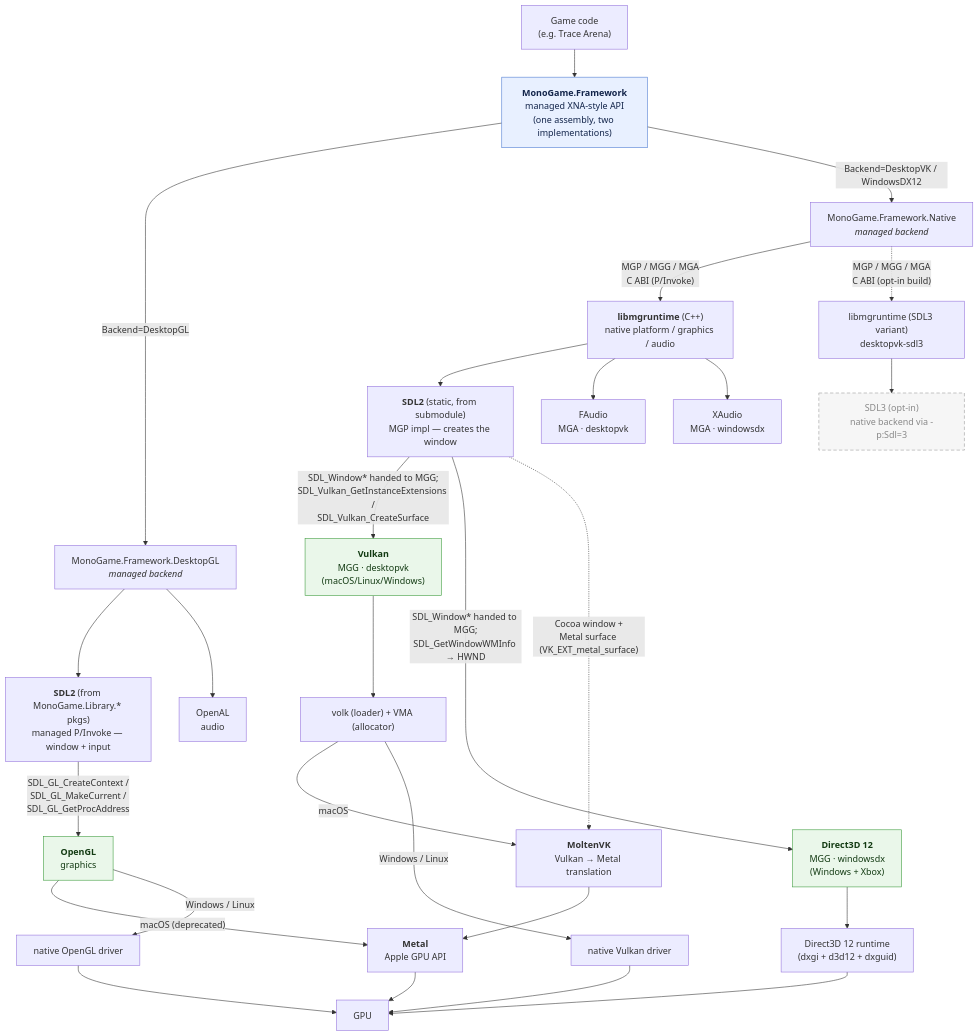
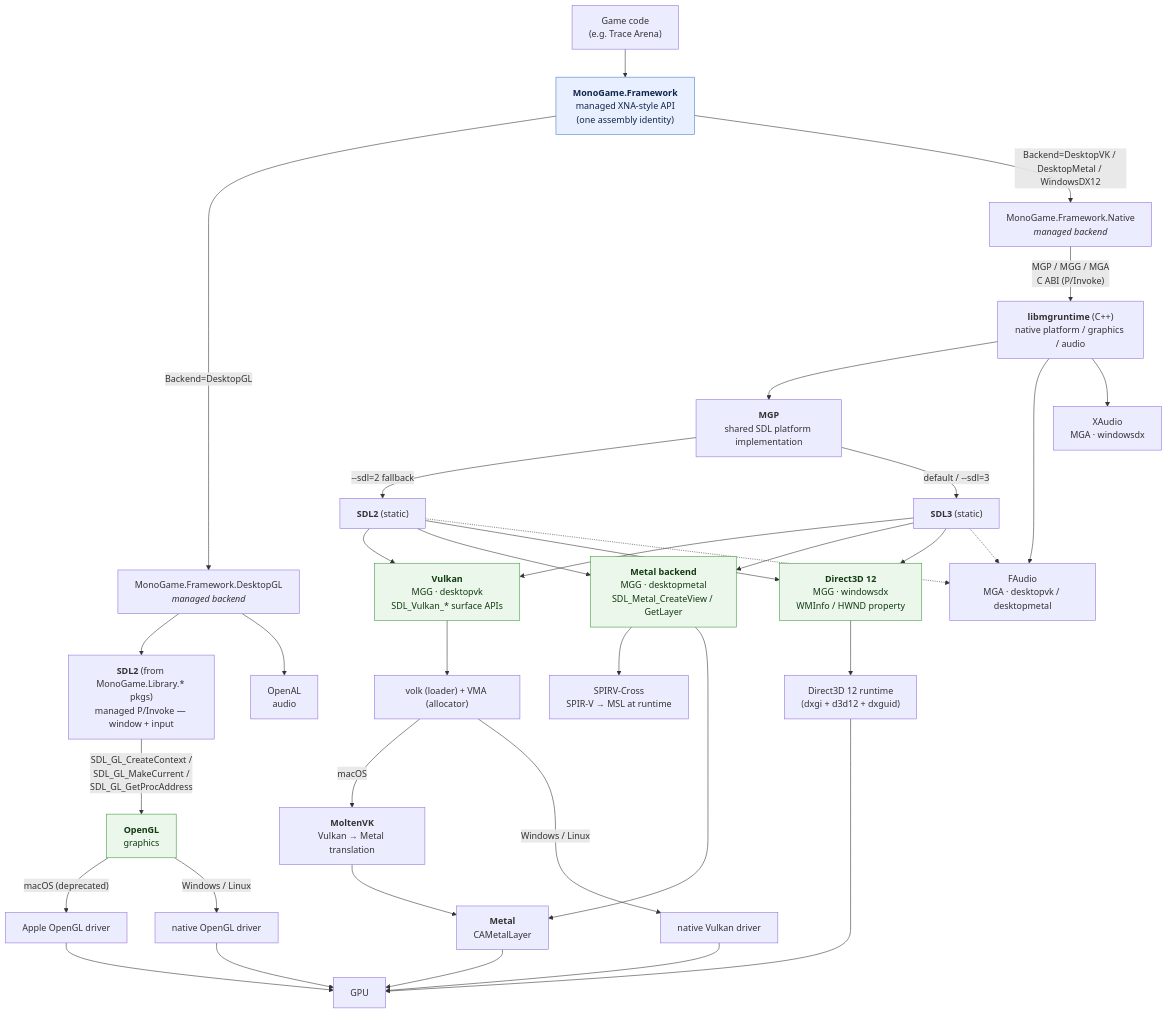
Before and after one commit to zignd/MonoGame: the diagram in BACKEND-DEPENDENCIES.md, drawn with Mermaid. The commit also changed other lines of this file and 6 other files, not shown here.

Commit message:
feat(native): default libmgruntime to SDL3

````diff
--- a/BACKEND-DEPENDENCIES.md
+++ b/BACKEND-DEPENDENCIES.md
@@ -24,61 +32,51 @@
 ```mermaid
 flowchart TD
     App["Game code<br/>(e.g. Trace Arena)"] --> API
 
-    API["<b>MonoGame.Framework</b><br/>managed XNA-style API<br/>(one assembly, two implementations)"]
+  API["<b>MonoGame.Framework</b><br/>managed XNA-style API<br/>(one assembly identity)"]
 
     API -->|"Backend=DesktopGL"| GL["MonoGame.Framework.DesktopGL<br/><i>managed backend</i>"]
-    API -->|"Backend=DesktopVK / WindowsDX12"| NAT["MonoGame.Framework.Native<br/><i>managed backend</i>"]
+  API -->|"Backend=DesktopVK / DesktopMetal / WindowsDX12"| NAT["MonoGame.Framework.Native<br/><i>managed backend</i>"]
 
-    %% ---- DesktopGL backend: managed code P/Invokes SDL2 directly. SDL2 creates the GL context
-    %%      too (SDL_GL_CreateContext / SDL_GL_MakeCurrent / SDL_GL_GetProcAddress) — OpenGL DEPENDS
-    %%      on SDL2 for its context and function pointers, it isn't an independent sibling. ----
     GL --> SDL2["<b>SDL2</b> (from MonoGame.Library.* pkgs)<br/>managed P/Invoke — window + input"]
     GL --> OAL["OpenAL<br/>audio"]
     SDL2 -->|"SDL_GL_CreateContext /<br/>SDL_GL_MakeCurrent /<br/>SDL_GL_GetProcAddress"| OGL["<b>OpenGL</b><br/>graphics"]
 
-    %% ---- Native backend: managed code only crosses the MGP/MGG/MGA C ABI into libmgruntime.
-    %%      SDL2/Vulkan/D3D12/FAudio are implementation details INSIDE the native lib.
-    %%      IMPORTANT: MGG (graphics) is NOT a sibling of MGP (SDL2) — it DEPENDS on it. MGP
-    %%      creates the SDL_Window first; MGG_Vulkan.cpp and MGG_DX12.cpp are then handed that
-    %%      same SDL_Window* and call SDL functions on it directly (SDL_Vulkan_GetInstanceExtensions
-    %%      / SDL_Vulkan_CreateSurface for Vulkan; SDL_GetWindowWMInfo to pull the HWND for DX12).
-    %%      So the real shape is MGP -> MGG, not MGRT -> {MGP, MGG} as two independent children. ----
     NAT -->|"MGP / MGG / MGA<br/>C ABI (P/Invoke)"| MGRT["<b>libmgruntime</b> (C++)<br/>native platform / graphics / audio"]
-    MGRT --> SDL2n["<b>SDL2</b> (static, from submodule)<br/>MGP impl — creates the window"]
-    MGRT --> FA["FAudio<br/>MGA · desktopvk"]
+  MGRT --> MGP["<b>MGP</b><br/>shared SDL platform implementation"]
+  MGP -->|"--sdl=2 fallback"| SDL2n["<b>SDL2</b> (static)"]
+  MGP -->|"default / --sdl=3"| SDL3n["<b>SDL3</b> (static)"]
+  MGRT --> FA["FAudio<br/>MGA · desktopvk / desktopmetal"]
     MGRT --> XA["XAudio<br/>MGA · windowsdx"]
-    SDL2n -->|"SDL_Window* handed to MGG;<br/>SDL_Vulkan_GetInstanceExtensions /<br/>SDL_Vulkan_CreateSurface"| VK["<b>Vulkan</b><br/>MGG · desktopvk<br/>(macOS/Linux/Windows)"]
-    SDL2n -->|"SDL_Window* handed to MGG;<br/>SDL_GetWindowWMInfo → HWND"| DX12["<b>Direct3D 12</b><br/>MGG · windowsdx<br/>(Windows + Xbox)"]
+
+  SDL2n --> VK["<b>Vulkan</b><br/>MGG · desktopvk<br/>SDL_Vulkan_* surface APIs"]
+  SDL3n --> VK
+  SDL2n --> MTL["<b>Metal backend</b><br/>MGG · desktopmetal<br/>SDL_Metal_CreateView / GetLayer"]
+  SDL3n --> MTL
+  SDL2n --> DX12["<b>Direct3D 12</b><br/>MGG · windowsdx<br/>WMInfo / HWND property"]
+  SDL3n --> DX12
+  SDL2n -.-> FA
+  SDL3n -.-> FA
+
     VK --> VOLK["volk (loader) + VMA (allocator)"]
+  MTL --> SPVC["SPIRV-Cross<br/>SPIR-V → MSL at runtime"]
+  MTL --> METAL["<b>Metal</b><br/>CAMetalLayer"]
 
-    %% ---- OS / driver translation ----
     VOLK -->|macOS| MVK["<b>MoltenVK</b><br/>Vulkan → Metal translation"]
     VOLK -->|Windows / Linux| VKDRV["native Vulkan driver"]
-    MVK --> METAL["<b>Metal</b><br/>Apple GPU API"]
-    OGL -->|"macOS (deprecated)"| METAL
+  MVK --> METAL
+  OGL -->|"macOS (deprecated)"| APPLEGL["Apple OpenGL driver"]
     OGL -->|Windows / Linux| GLDRV["native OpenGL driver"]
     DX12 --> D3D["Direct3D 12 runtime<br/>(dxgi + d3d12 + dxguid)"]
 
-    %% The native SDL2 gives MoltenVK its drawable surface on macOS
-    SDL2n -. "Cocoa window +<br/>Metal surface (VK_EXT_metal_surface)" .-> MVK
-
-    %% GPU
     METAL --> GPU["GPU"]
+  APPLEGL --> GPU
     VKDRV --> GPU
     GLDRV --> GPU
     D3D --> GPU
 
-    class VK,DX12,OGL gfx;
+  class VK,MTL,DX12,OGL gfx;
     classDef gfx fill:#eaf7ea,stroke:#3a9a3a,color:#123a12;
-
-    %% SDL3 is an opt-in MGP platform for the native backend (not the default)
-    SDL3["SDL3 (opt-in)<br/>native backend via -p:Sdl=3"]
-    NAT -.->|"MGP / MGG / MGA<br/>C ABI (opt-in build)"| MGRT3["libmgruntime (SDL3 variant)<br/>desktopvk-sdl3"]
-    MGRT3 --> SDL3
-
-    classDef unused stroke-dasharray:6 4,fill:#f6f6f6,stroke:#999,color:#888;
-    class SDL3 unused;
     classDef api fill:#e8f0ff,stroke:#4a78d0,color:#12244a;
     class API api;
 ```
````
